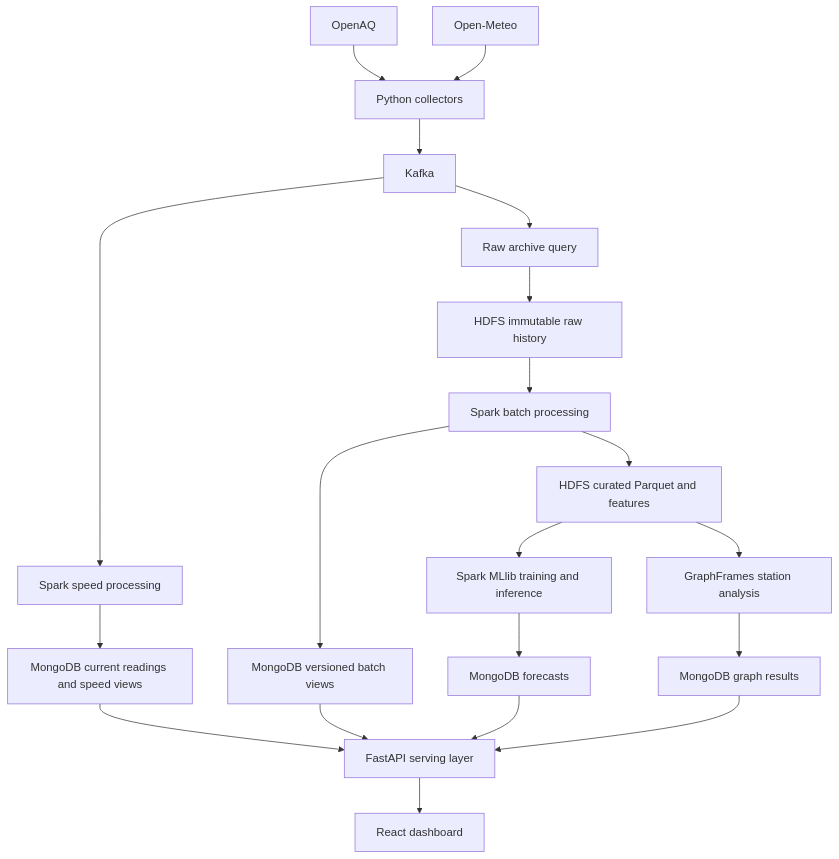
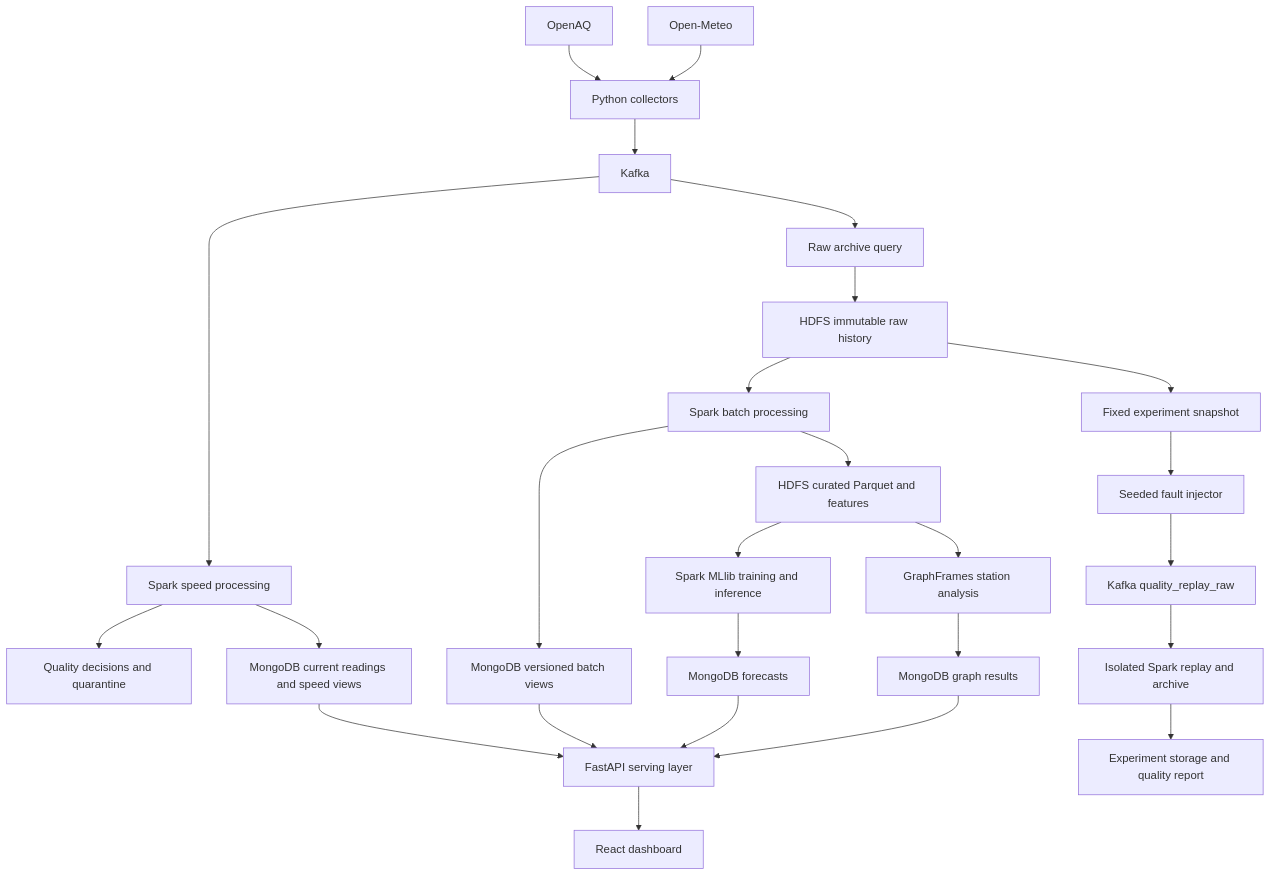
One commit to huyng26/IT4043E_Project changed the diagram in docs/system-design.md. Above: the diagram before and after it, drawn with Mermaid. The commit also changed other lines of this file and 27 other files, not shown here.

````diff
--- a/docs/system-design.md
+++ b/docs/system-design.md
@@ -34,28 +43,34 @@
 ```mermaid
 flowchart TD
     OA[OpenAQ] --> C[Python collectors]
     OM[Open-Meteo] --> C
     C --> K[Kafka]
 
     K --> A[Raw archive query]
     A --> H[HDFS immutable raw history]
 
     K --> S[Spark speed processing]
+    S --> Q[Quality decisions and quarantine]
     S --> MV[MongoDB current readings and speed views]
 
     H --> B[Spark batch processing]
     B --> P[HDFS curated Parquet and features]
     B --> BV[MongoDB versioned batch views]
 
     P --> ML[Spark MLlib training and inference]
     ML --> F[MongoDB forecasts]
 
     P --> G[GraphFrames station analysis]
     G --> GA[MongoDB graph results]
 
     MV --> API[FastAPI serving layer]
     BV --> API
     F --> API
     GA --> API
     API --> UI[React dashboard]
+    H --> SNAP[Fixed experiment snapshot]
+    SNAP --> INJ[Seeded fault injector]
+    INJ --> RK[Kafka quality_replay_raw]
+    RK --> EXP[Isolated Spark replay and archive]
+    EXP --> ER[Experiment storage and quality report]
 ```
````
